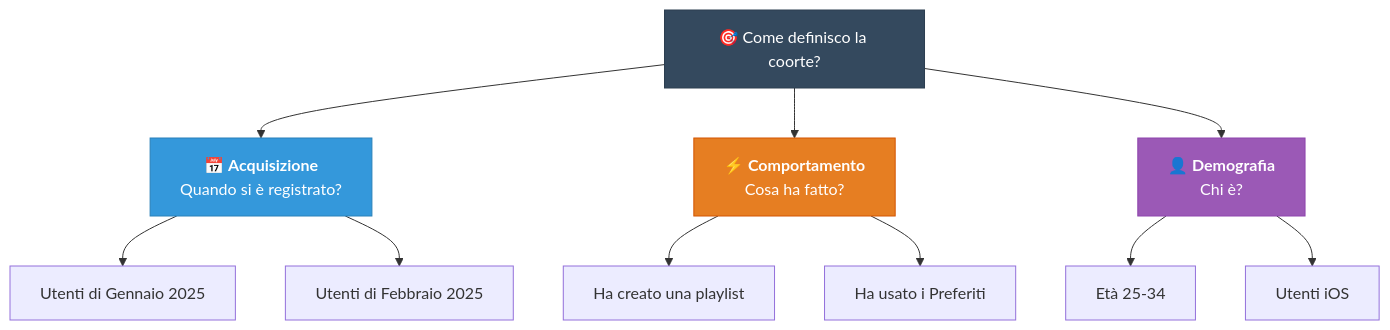
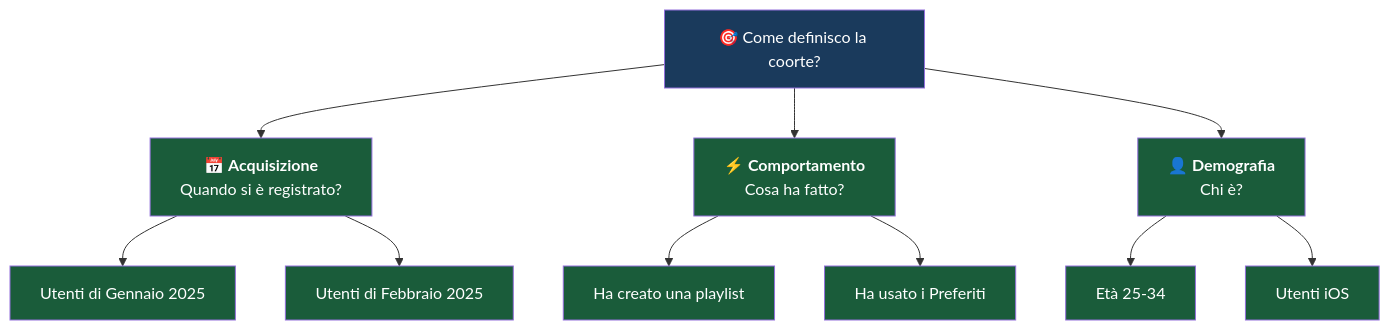
One commit to AndreyBertasini/gynnitech changed the second of 12 diagrams in src/content/corso/analisi-prodotto/analisi-coorte.mdx. Above: the diagram before and after it, drawn with Mermaid. The commit also changed other lines of this file and 21 other files, not shown here.

First line of the commit message:
style: applica color scheme semantico a tutti i diagrammi Mermaid del corso

````diff
--- a/src/content/corso/analisi-prodotto/analisi-coorte.mdx
+++ b/src/content/corso/analisi-prodotto/analisi-coorte.mdx
@@ -47,16 +48,22 @@
 ```mermaid
 graph TD
     ROOT["🎯 Come definisco la coorte?"] --> ACQ["📅 <b>Acquisizione</b><br/>Quando si è registrato?"]
     ROOT --> BEH["⚡ <b>Comportamento</b><br/>Cosa ha fatto?"]
     ROOT --> DEM["👤 <b>Demografia</b><br/>Chi è?"]
     ACQ --> ACQ1["Utenti di Gennaio 2025"]
     ACQ --> ACQ2["Utenti di Febbraio 2025"]
     BEH --> BEH1["Ha creato una playlist"]
     BEH --> BEH2["Ha usato i Preferiti"]
     DEM --> DEM1["Età 25-34"]
     DEM --> DEM2["Utenti iOS"]
-    style ROOT fill:#34495e,stroke:#2c3e50,color:#fff
-    style ACQ fill:#3498db,stroke:#2980b9,color:#fff
-    style BEH fill:#e67e22,stroke:#d35400,color:#fff
-    style DEM fill:#9b59b6,stroke:#8e44ad,color:#fff
+    style ROOT fill:#1a3a5c,color:#ffffff
+    style ACQ fill:#1a5c3a,color:#ffffff
+    style BEH fill:#1a5c3a,color:#ffffff
+    style DEM fill:#1a5c3a,color:#ffffff
+    style ACQ1 fill:#1a5c3a,color:#ffffff
+    style ACQ2 fill:#1a5c3a,color:#ffffff
+    style BEH1 fill:#1a5c3a,color:#ffffff
+    style BEH2 fill:#1a5c3a,color:#ffffff
+    style DEM1 fill:#1a5c3a,color:#ffffff
+    style DEM2 fill:#1a5c3a,color:#ffffff
 ```
````
